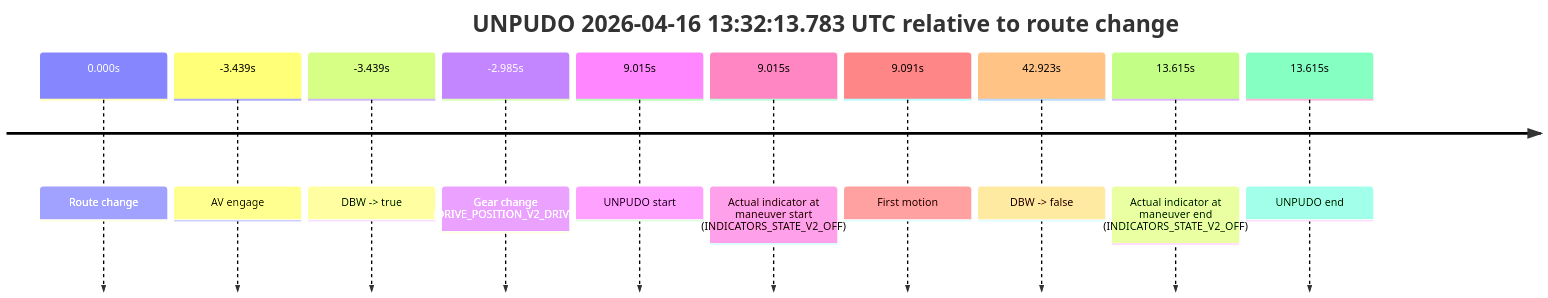
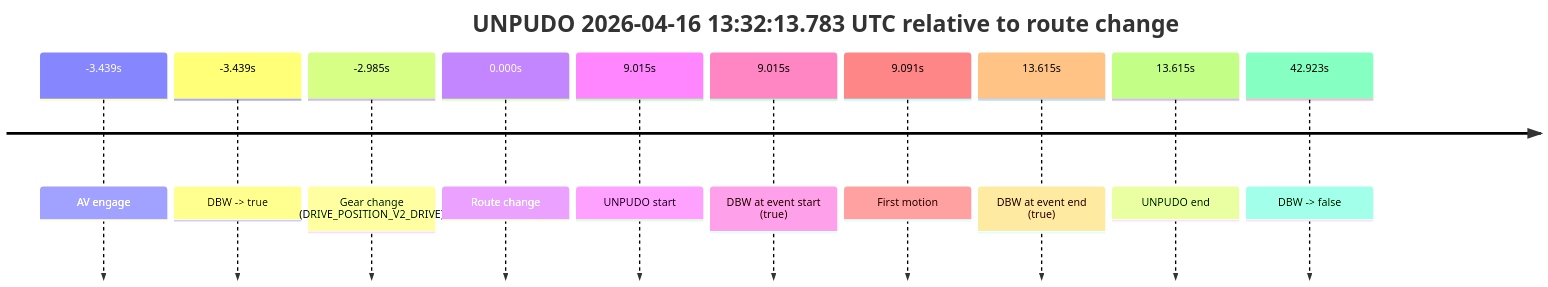
The fourth of 4 diagrams in model_analysis/report_cards/2026/04/Week-3/fme20009--2026-04-16--12-35-12--gen2-av-b61aff24-57ea-46f1-b166-ea73856ef968.md (yoelshapiro/vault), drawn with Mermaid before and after one commit. The commit also changed other lines of this file and 32 other files, not shown here.

````diff
--- a/model_analysis/report_cards/2026/04/Week-3/fme20009--2026-04-16--12-35-12--gen2-av-b61aff24-57ea-46f1-b166-ea73856ef968.md
+++ b/model_analysis/report_cards/2026/04/Week-3/fme20009--2026-04-16--12-35-12--gen2-av-b61aff24-57ea-46f1-b166-ea73856ef968.md
@@ -645,14 +310,14 @@
 ```mermaid
 timeline
     title UNPUDO 2026-04-16 13:32:13.783 UTC relative to route change
-    0.000s : Route change
     -3.439s : AV engage
     -3.439s : DBW -> true
     -2.985s : Gear change (DRIVE_POSITION_V2_DRIVE)
+    0.000s : Route change
     9.015s : UNPUDO start
-    9.015s : Actual indicator at maneuver start (INDICATORS_STATE_V2_OFF)
+    9.015s : DBW at event start (true)
     9.091s : First motion
+    13.615s : DBW at event end (true)
+    13.615s : UNPUDO end
     42.923s : DBW -> false
-    13.615s : Actual indicator at maneuver end (INDICATORS_STATE_V2_OFF)
-    13.615s : UNPUDO end
 ```
````
